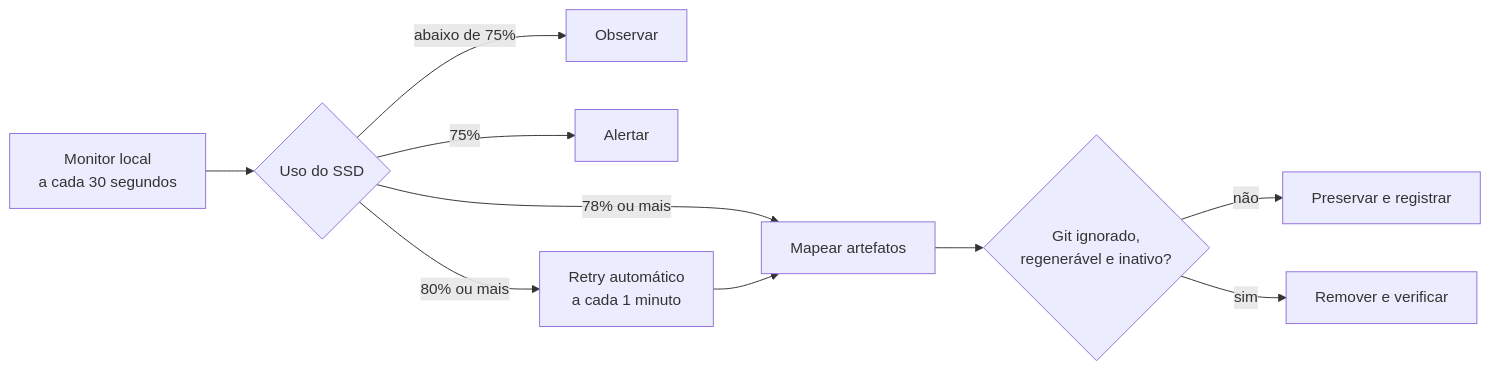
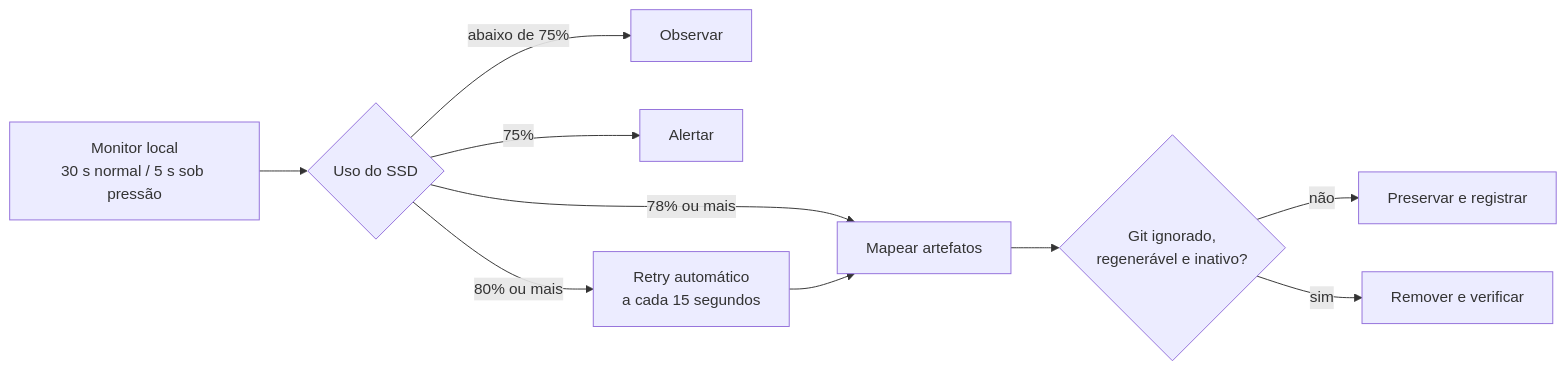
The diagram in README.md (luisroquette/clean-my-mac), drawn with Mermaid before and after one commit. The commit also changed other lines of this file and 8 other files, not shown here.

````diff
--- a/README.md
+++ b/README.md
@@ -55,12 +55,12 @@
 ```mermaid
 flowchart LR
-    A[Monitor local\na cada 30 segundos] --> B{Uso do SSD}
+    A[Monitor local\n30 s normal / 5 s sob pressão] --> B{Uso do SSD}
     B -->|abaixo de 75%| C[Observar]
     B -->|75%| D[Alertar]
     B -->|78% ou mais| E[Mapear artefatos]
     E --> F{Git ignorado,\nregenerável e inativo?}
     F -->|não| G[Preservar e registrar]
     F -->|sim| H[Remover e verificar]
-    B -->|80% ou mais| I[Retry automático\na cada 1 minuto]
+    B -->|80% ou mais| I[Retry automático\na cada 15 segundos]
     I --> E
 ```
````
